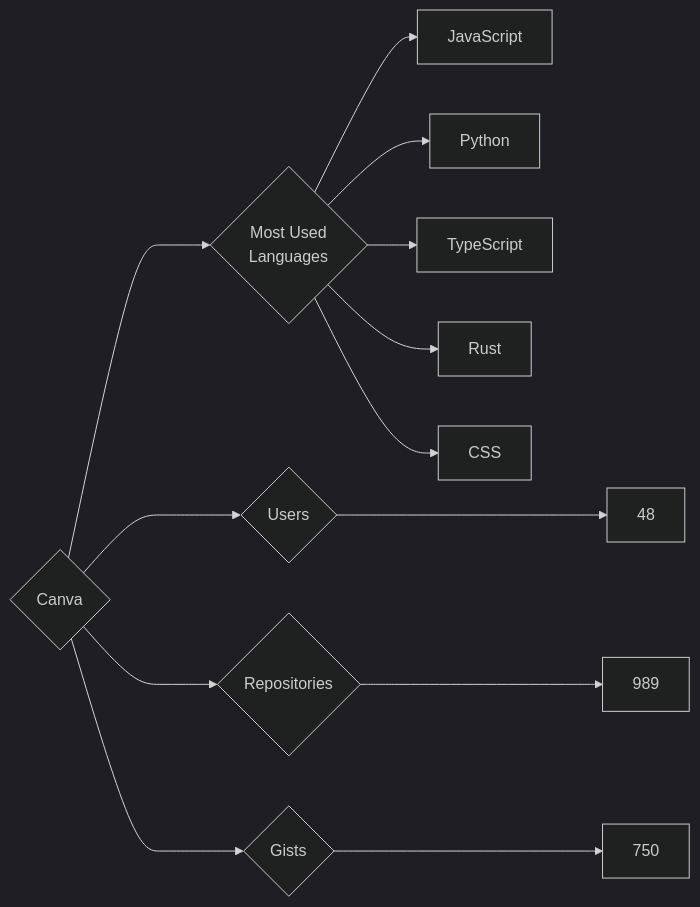
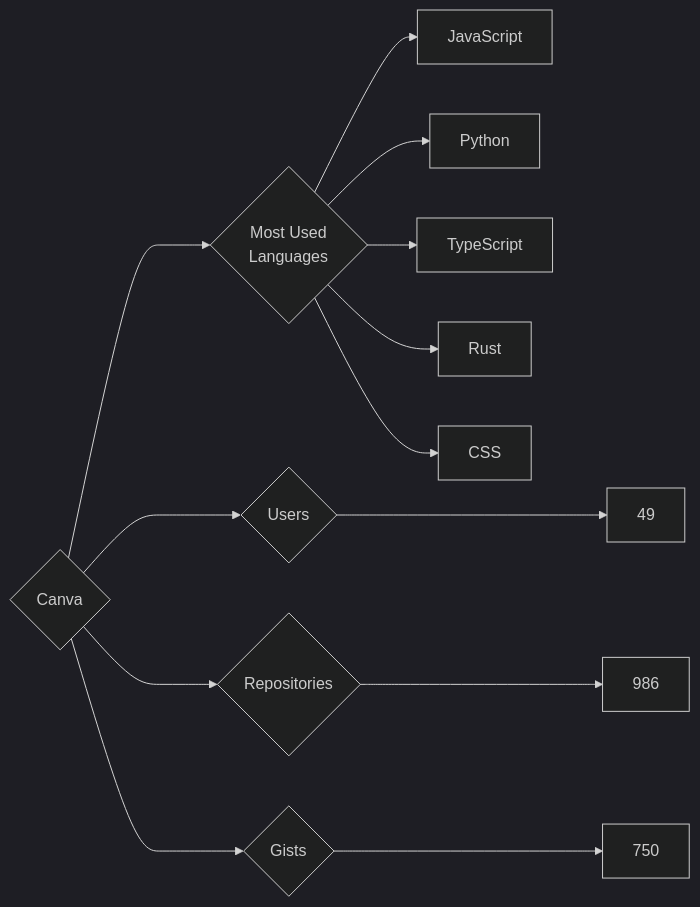
Before and after one commit to trickest/insiders: the diagram in targets/Canva/README.md, drawn with Mermaid (dark theme). The commit also changed 1020 other files, not shown here.

````diff
--- a/targets/Canva/README.md
+++ b/targets/Canva/README.md
@@ -3,13 +3,13 @@
 ```mermaid
 graph LR
 COMPANY_NAME{Canva}
-COMPANY_NAME ---> U{Users} ---> UN[48]
-COMPANY_NAME ---> R{Repositories} ---> RN[989]
+COMPANY_NAME ---> U{Users} ---> UN[49]
+COMPANY_NAME ---> R{Repositories} ---> RN[986]
 COMPANY_NAME ---> G{Gists} ---> GN[750]
 COMPANY_NAME ---> ML{Most Used<br>Languages}
 ML --> JavaScript[JavaScript]
 ML --> Python[Python]
 ML --> TypeScript[TypeScript]
 ML --> Rust[Rust]
 ML --> CSS[CSS]
 ```
````
